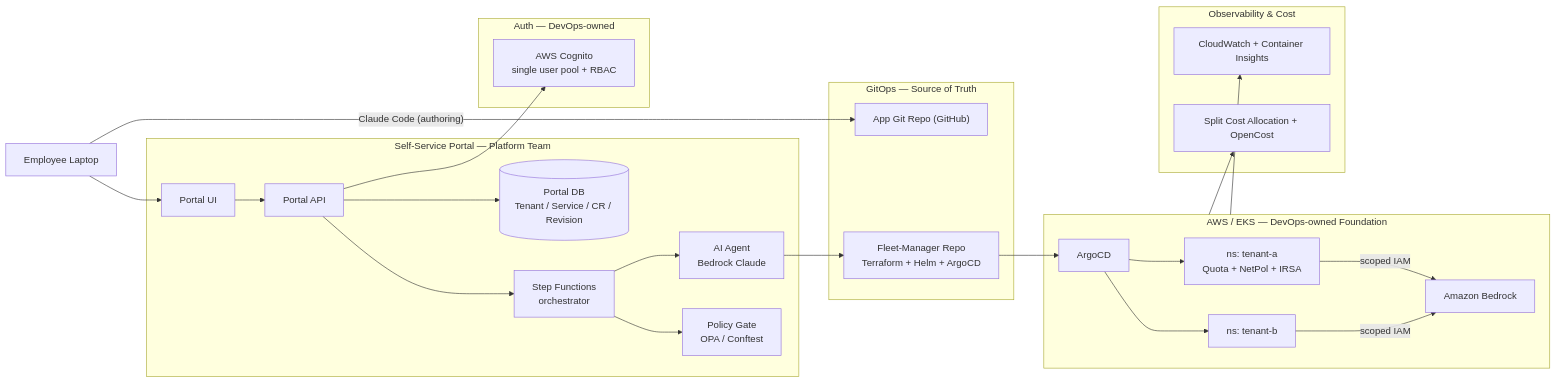
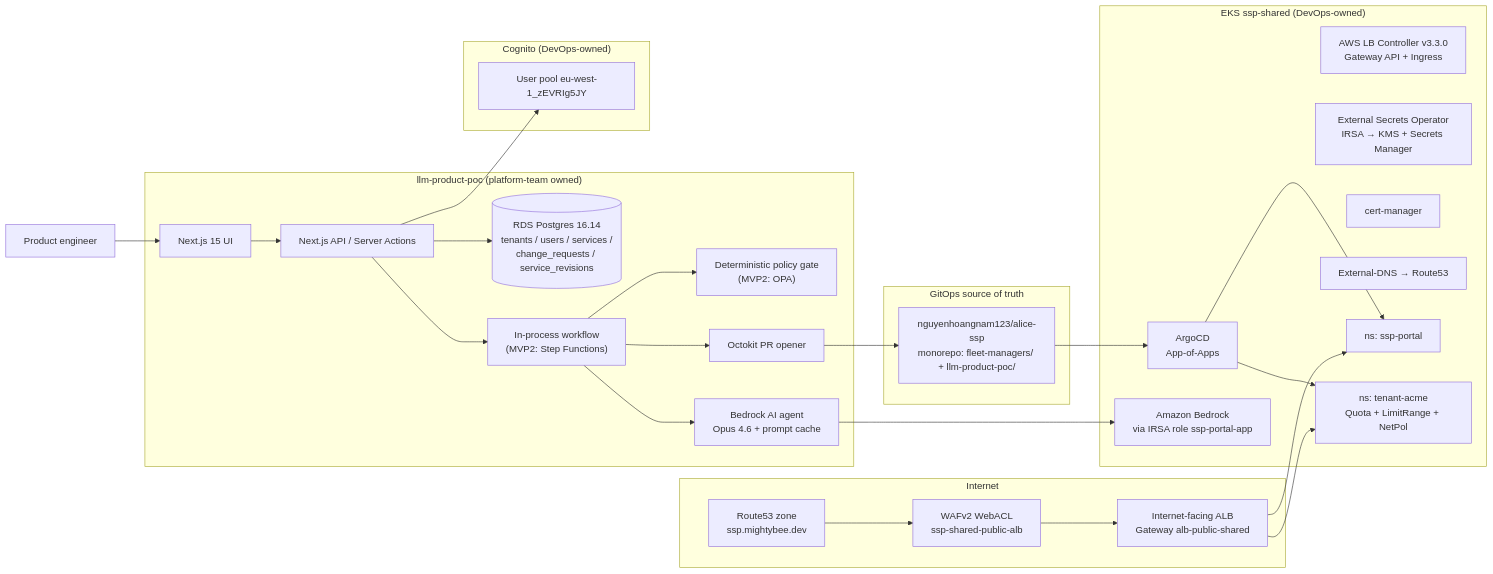
The first of 4 diagrams in docs/architecture.md (nguyenhoangnam123/alice-ssp), drawn with Mermaid before and after one commit. The commit also changed other lines of this file, not shown here.

Commit message:
docs/architecture.md: write the new content (previous commit missed the diff)

````diff
--- a/docs/architecture.md
+++ b/docs/architecture.md
@@ -7,49 +5,55 @@
 ```mermaid
 flowchart LR
-  subgraph Portal["Self-Service Portal — Platform Team"]
-    UI["Portal UI"]
-    API["Portal API"]
-    DB[("Portal DB<br/>Tenant / Service / CR / Revision")]
-    SF["Step Functions<br/>orchestrator"]
-    AI["AI Agent<br/>Bedrock Claude"]
-    POL["Policy Gate<br/>OPA / Conftest"]
+  subgraph Portal["llm-product-poc (platform-team owned)"]
+    UI["Next.js 15 UI"]
+    API["Next.js API / Server Actions"]
+    DB[("RDS Postgres 16.14<br/>tenants / users / services /<br/>change_requests / service_revisions")]
+    Orchestrator["In-process workflow<br/>(MVP2: Step Functions)"]
+    Policy["Deterministic policy gate<br/>(MVP2: OPA)"]
+    Agent["Bedrock AI agent<br/>Opus 4.6 + prompt cache"]
+    PR["Octokit PR opener"]
   end
 
-  subgraph Auth["Auth — DevOps-owned"]
-    COG["AWS Cognito<br/>single user pool + RBAC"]
+  subgraph Identity["Cognito (DevOps-owned)"]
+    Pool["User pool eu-west-1_zEVRIg5JY"]
   end
 
-  subgraph Git["GitOps — Source of Truth"]
-    APP["App Git Repo (GitHub)"]
-    FM["Fleet-Manager Repo<br/>Terraform + Helm + ArgoCD"]
+  subgraph Git["GitOps source of truth"]
+    Repo["nguyenhoangnam123/alice-ssp<br/>monorepo: fleet-managers/ + llm-product-poc/"]
   end
 
-  subgraph EKS["AWS / EKS — DevOps-owned Foundation"]
-    AR["ArgoCD"]
-    NSA["ns: tenant-a<br/>Quota + NetPol + IRSA"]
-    NSB["ns: tenant-b"]
-    BR["Amazon Bedrock"]
+  subgraph EKS["EKS ssp-shared (DevOps-owned)"]
+    Argo["ArgoCD<br/>App-of-Apps"]
+    LBC["AWS LB Controller v3.3.0<br/>Gateway API + Ingress"]
+    ESO["External Secrets Operator<br/>IRSA → KMS + Secrets Manager"]
+    Cert["cert-manager"]
+    ExtDNS["External-DNS → Route53"]
+    PortalNS["ns: ssp-portal"]
+    TenantNS["ns: tenant-acme<br/>Quota + LimitRange + NetPol"]
+    Bedrock["Amazon Bedrock<br/>via IRSA role ssp-portal-app"]
   end
 
-  subgraph Obs["Observability & Cost"]
-    CW["CloudWatch + Container Insights"]
-    OC["Split Cost Allocation + OpenCost"]
+  subgraph Front["Internet"]
+    DNS["Route53 zone<br/>ssp.mightybee.dev"]
+    WAF["WAFv2 WebACL<br/>ssp-shared-public-alb"]
+    ALB["Internet-facing ALB<br/>Gateway alb-public-shared"]
   end
 
-  Dev["Employee Laptop"] -->|"Claude Code (authoring)"| APP
-  Dev --> UI
+  User["Product engineer"] --> UI
   UI --> API
-  API --> COG
   API --> DB
-  API --> SF
-  SF --> AI
-  SF --> POL
-  AI --> FM
-  FM --> AR
-  AR --> NSA
-  AR --> NSB
-  NSA -->|"scoped IAM"| BR
-  NSB -->|"scoped IAM"| BR
-  EKS --> CW
-  EKS --> OC
+  API --> Pool
+  API --> Orchestrator
+  Orchestrator --> Policy
+  Orchestrator --> Agent
+  Agent --> Bedrock
+  Orchestrator --> PR
+  PR --> Repo
+  Repo --> Argo
+  Argo --> PortalNS
+  Argo --> TenantNS
+  DNS --> WAF
+  WAF --> ALB
+  ALB --> PortalNS
+  ALB --> TenantNS
 ```
````
